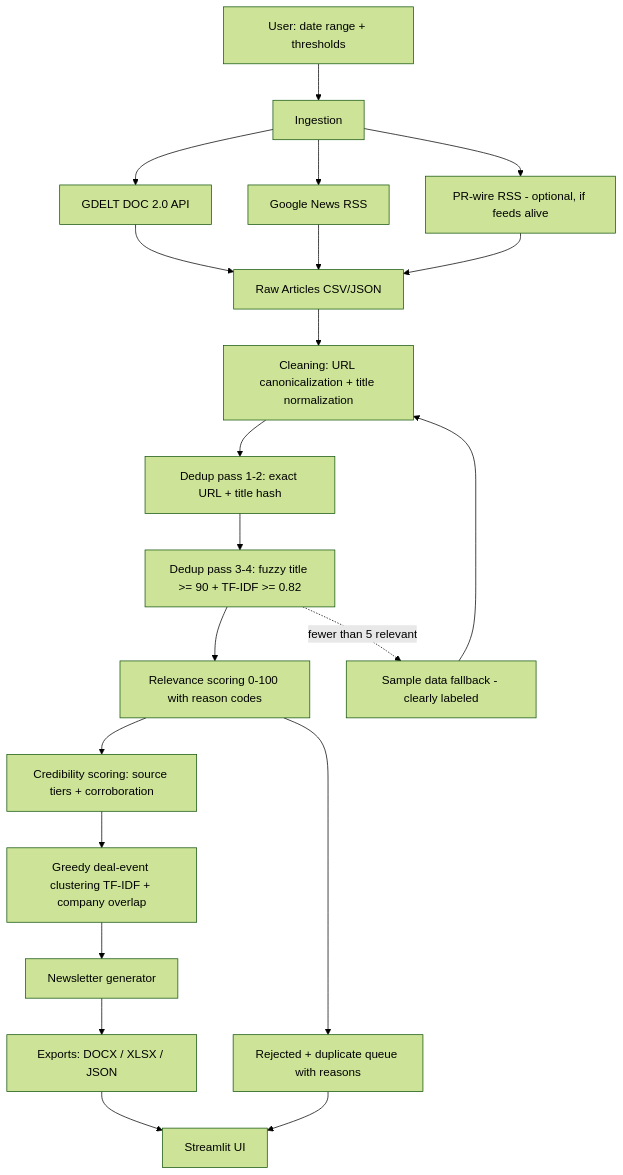
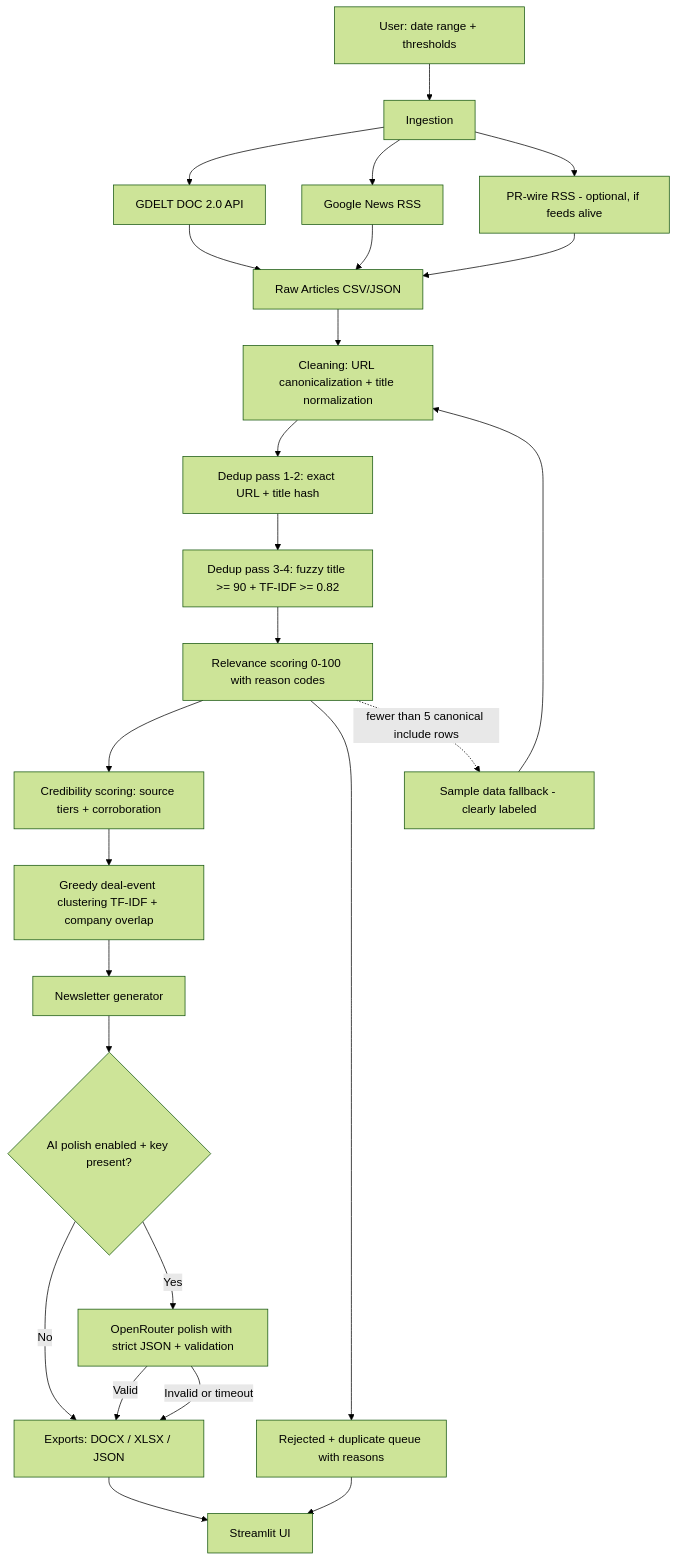
One commit to solpxlb/Benori_assignment changed the diagram in docs/architecture.mmd. Above: the diagram before and after it, drawn with Mermaid (forest theme). The commit also changed 7 other files, not shown here.

```diff
--- a/docs/architecture.mmd
+++ b/docs/architecture.mmd
@@ -1,21 +1,25 @@
 flowchart TD
     A[User: date range + thresholds] --> B[Ingestion]
     B --> B1[GDELT DOC 2.0 API]
     B --> B2[Google News RSS]
     B --> B3[PR-wire RSS - optional, if feeds alive]
     B1 --> C[Raw Articles CSV/JSON]
     B2 --> C
     B3 --> C
     C --> D[Cleaning: URL canonicalization + title normalization]
     D --> E[Dedup pass 1-2: exact URL + title hash]
     E --> F[Dedup pass 3-4: fuzzy title >= 90 + TF-IDF >= 0.82]
     F --> G[Relevance scoring 0-100 with reason codes]
     G --> H[Credibility scoring: source tiers + corroboration]
     H --> I[Greedy deal-event clustering TF-IDF + company overlap]
     I --> J[Newsletter generator]
-    J --> K[Exports: DOCX / XLSX / JSON]
+    J --> L{AI polish enabled + key present?}
+    L -->|No| K[Exports: DOCX / XLSX / JSON]
+    L -->|Yes| O[OpenRouter polish with strict JSON + validation]
+    O -->|Valid| K
+    O -->|Invalid or timeout| K
     G --> M[Rejected + duplicate queue with reasons]
     K --> N[Streamlit UI]
     M --> N
-    F -. fewer than 5 relevant .-> S[Sample data fallback - clearly labeled]
+    G -. fewer than 5 canonical include rows .-> S[Sample data fallback - clearly labeled]
     S --> D
```
